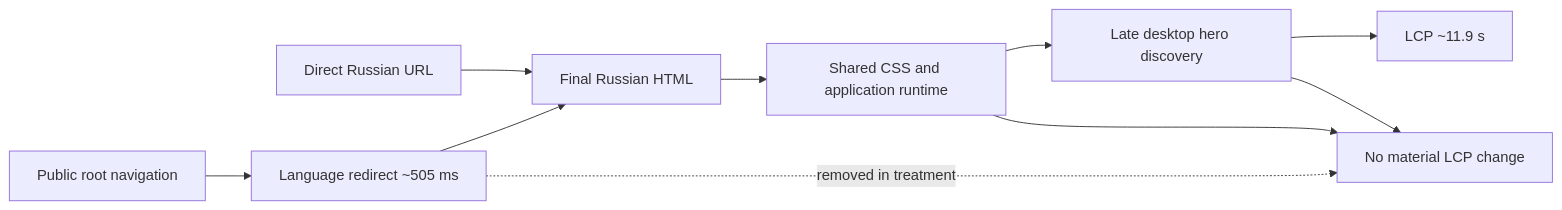
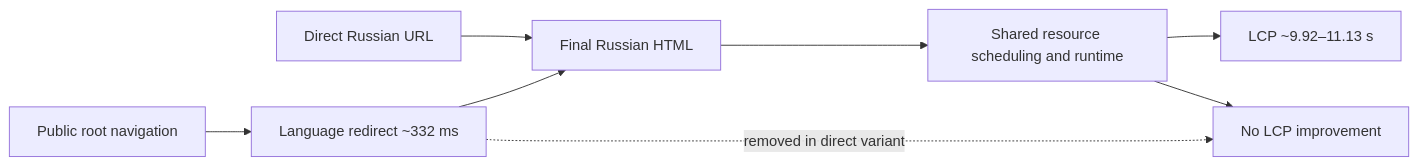
The diagram in docs/audits/TRADERNET_REDIRECT_COUNTERFACTUAL.md (safal207/LiminalQAengineer), drawn with Mermaid before and after one commit. The commit also changed other lines of this file, not shown here.

Commit message:
docs: refresh redirect counterfactual report

````diff
--- a/docs/audits/TRADERNET_REDIRECT_COUNTERFACTUAL.md
+++ b/docs/audits/TRADERNET_REDIRECT_COUNTERFACTUAL.md
@@ -51,12 +51,10 @@
 ```mermaid
 flowchart LR
-  A[Public root navigation] --> B[Language redirect ~505 ms]
+  A[Public root navigation] --> B[Language redirect ~332 ms]
   B --> C[Final Russian HTML]
   D[Direct Russian URL] --> C
-  C --> E[Shared CSS and application runtime]
-  E --> F[Late desktop hero discovery]
-  F --> G[LCP ~11.9 s]
-  B -. removed in treatment .-> H[No material LCP change]
-  E --> H
-  F --> H
+  C --> E[Shared resource scheduling and runtime]
+  E --> F[LCP ~9.92–11.13 s]
+  B -. removed in direct variant .-> G[No LCP improvement]
+  E --> G
 ```
````
